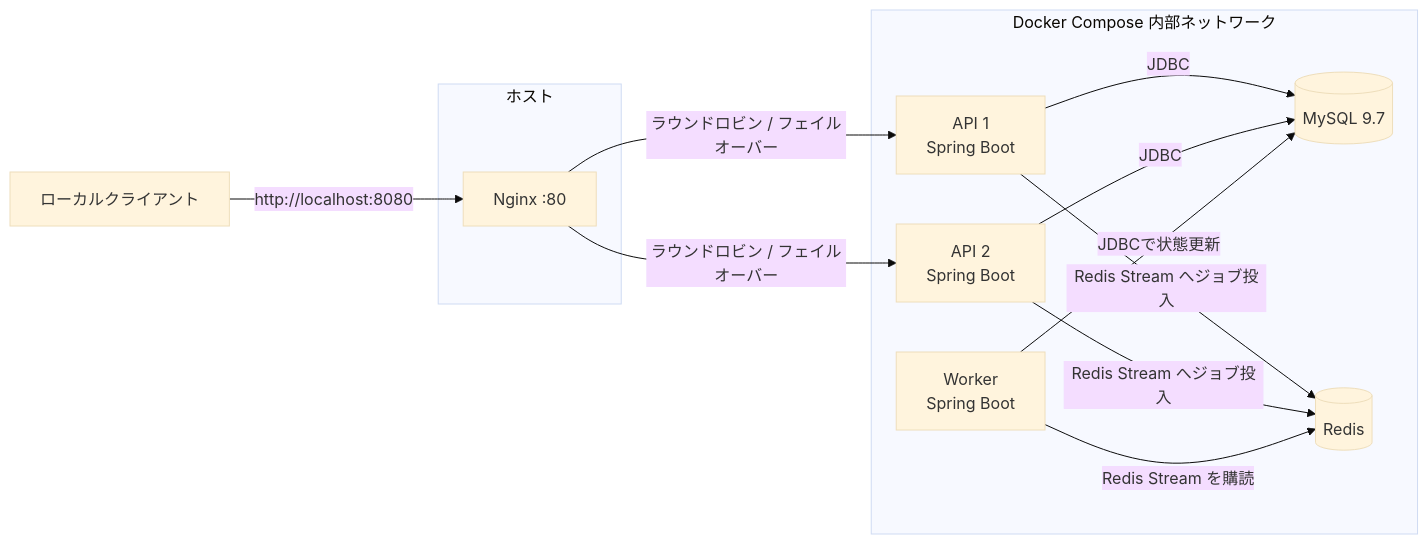
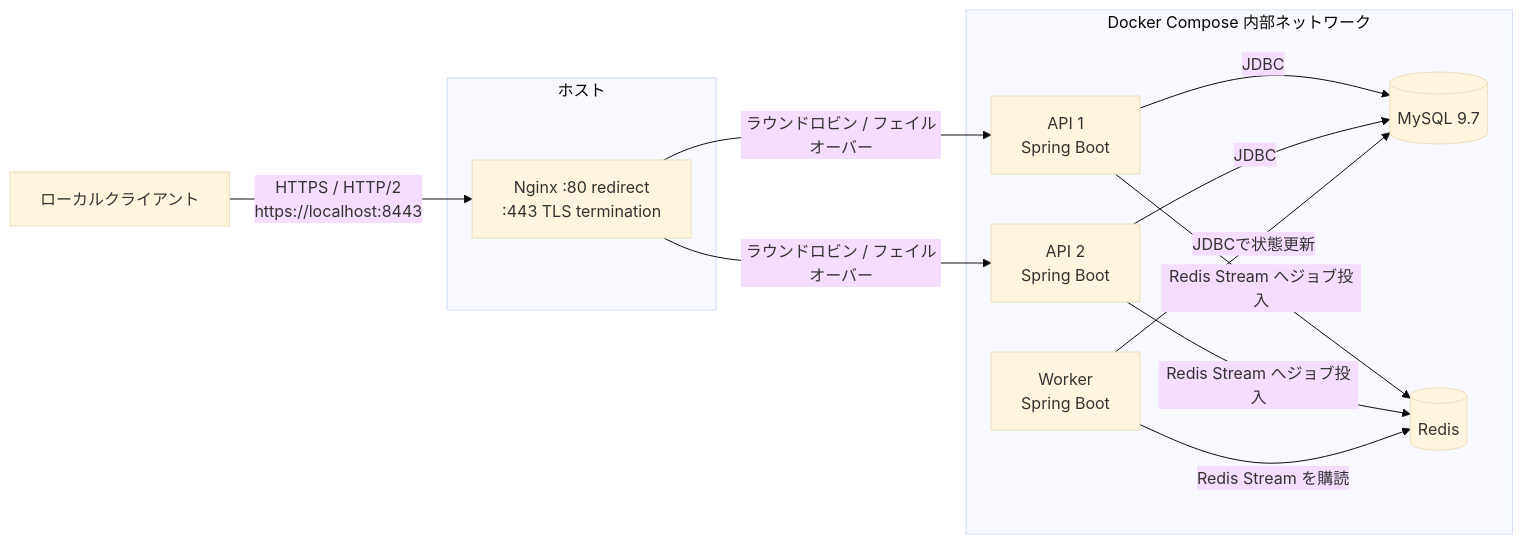
The diagram in resilient-api/README.md (nagaokambeyond/samples), drawn with Mermaid (base theme) before and after one commit. The commit also changed other lines of this file and 3 other files, not shown here.

Commit message:
feat: ローカル HTTPS と HTTP/2 を Nginx に追加

````diff
--- a/resilient-api/README.md
+++ b/resilient-api/README.md
@@ -9,19 +9,19 @@
 ```mermaid
 flowchart LR
-    Client[ローカルクライアント] -->|http://localhost:8080| Nginx
+    Client[ローカルクライアント] -->|HTTPS / HTTP/2<br/>https://localhost:8443| Nginx
 
     subgraph Host[ホスト]
-        Nginx[Nginx :80]
+        Nginx[Nginx :80 redirect<br/>:443 TLS termination]
     end
 
     subgraph Compose[Docker Compose 内部ネットワーク]
         Nginx -->|ラウンドロビン / フェイルオーバー| Api1[API 1<br/>Spring Boot]
         Nginx -->|ラウンドロビン / フェイルオーバー| Api2[API 2<br/>Spring Boot]
         Api1 -->|JDBC| MySQL[(MySQL 9.7)]
         Api2 -->|JDBC| MySQL
         Api1 -->|Redis Stream へジョブ投入| Redis[(Redis)]
         Api2 -->|Redis Stream へジョブ投入| Redis
         Worker[Worker<br/>Spring Boot] -->|Redis Stream を購読| Redis
         Worker -->|JDBCで状態更新| MySQL
     end
 ```
````
